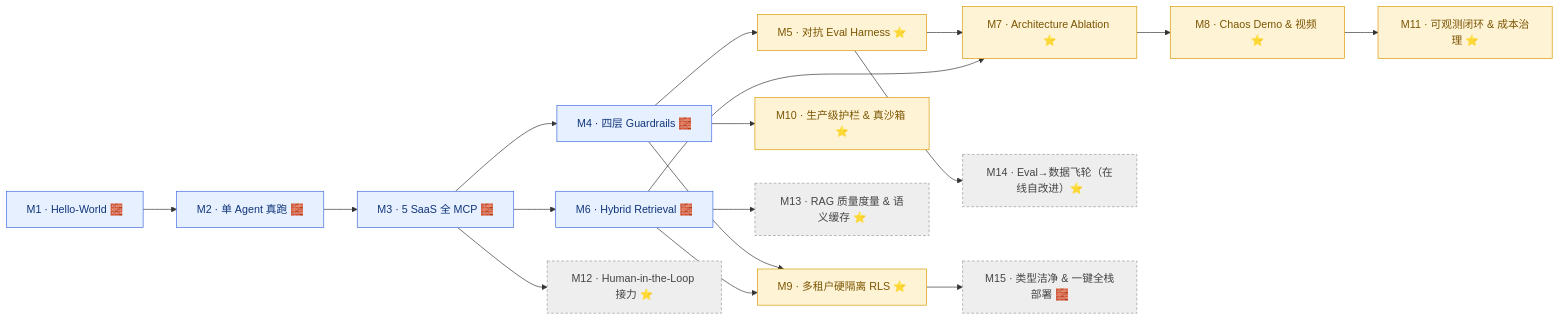
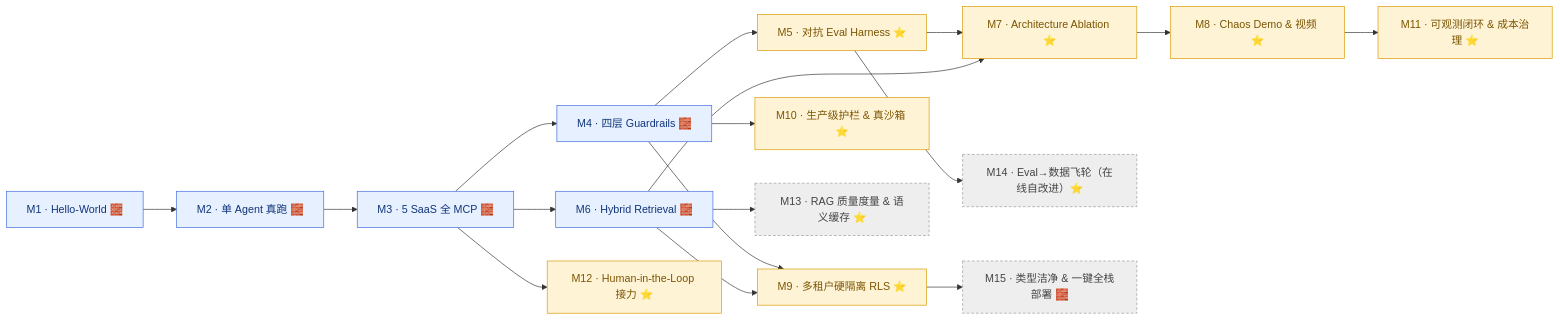
One commit to AndyUneducated/resolve-ai changed the diagram in docs/roadmap.md. Above: the diagram before and after it, drawn with Mermaid. The commit also changed other lines of this file and 12 other files, not shown here.

````diff
--- a/docs/roadmap.md
+++ b/docs/roadmap.md
@@ -22,26 +22,26 @@
 ```mermaid
 flowchart LR
   M1["M1 · Hello-World 🧱"] --> M2["M2 · 单 Agent 真跑 🧱"]
   M2 --> M3["M3 · 5 SaaS 全 MCP 🧱"]
   M3 --> M4["M4 · 四层 Guardrails 🧱"]
   M4 --> M5["M5 · 对抗 Eval Harness ⭐"]
   M3 --> M6["M6 · Hybrid Retrieval 🧱"]
   M5 --> M7["M7 · Architecture Ablation ⭐"]
   M6 --> M7
   M7 --> M8["M8 · Chaos Demo & 视频 ⭐"]
   M4 --> M9["M9 · 多租户硬隔离 RLS ⭐"]
   M6 --> M9
   %% ---- Phase 2（规划中）----
   M4 --> M10["M10 · 生产级护栏 & 真沙箱 ⭐"]
   M8 --> M11["M11 · 可观测闭环 & 成本治理 ⭐"]
   M3 --> M12["M12 · Human-in-the-Loop 接力 ⭐"]
   M6 --> M13["M13 · RAG 质量度量 & 语义缓存 ⭐"]
   M5 --> M14["M14 · Eval→数据飞轮（在线自改进）⭐"]
   M9 --> M15["M15 · 类型洁净 & 一键全栈部署 🧱"]
   classDef base fill:#e7f0ff,stroke:#4169E1,color:#10357a;
   classDef star fill:#fff3d6,stroke:#d99a00,color:#7a5500;
   classDef plan fill:#eee,stroke:#999,color:#444,stroke-dasharray: 4 3;
   class M1,M2,M3,M4,M6 base;
-  class M5,M7,M8,M9,M10,M11 star;
-  class M12,M13,M14,M15 plan;
+  class M5,M7,M8,M9,M10,M11,M12 star;
+  class M13,M14,M15 plan;
 ```
````
